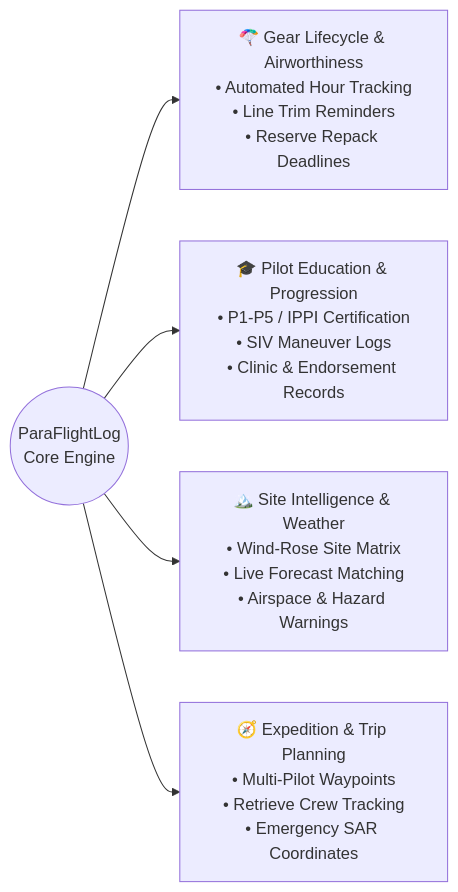
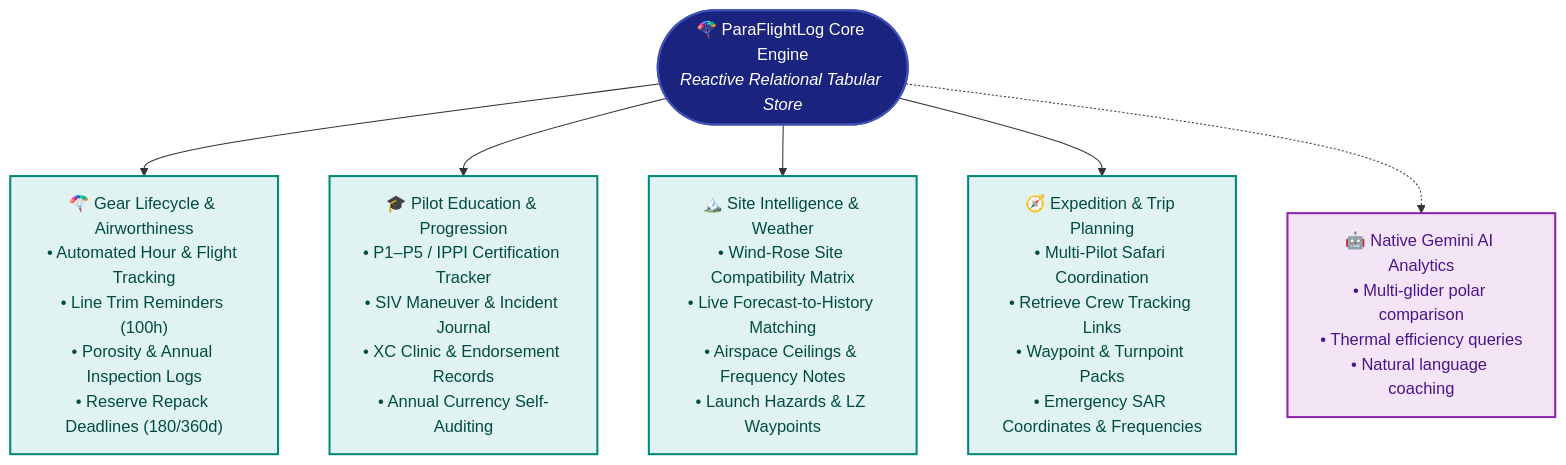
Before and after one commit to rohitashs/ParaFlightLog_dist: the first of 2 diagrams in Docs/Brochure.md, drawn with Mermaid. The commit also changed other lines of this file, not shown here.

Commit message:
docs(brochure): enhance title, add capability matrix, and embed roadmap timeline

````diff
--- a/Docs/Brochure.md
+++ b/Docs/Brochure.md
@@ -117,9 +108,15 @@
 ```mermaid
-graph LR
-    PFL((ParaFlightLog<br>Core Engine))
-    
-    PFL --> Gear["🪂 Gear Lifecycle & Airworthiness<br>• Automated Hour Tracking<br>• Line Trim Reminders<br>• Reserve Repack Deadlines"]
-    PFL --> Edu["🎓 Pilot Education & Progression<br>• P1-P5 / IPPI Certification<br>• SIV Maneuver Logs<br>• Clinic & Endorsement Records"]
-    PFL --> Sites["🏔️ Site Intelligence & Weather<br>• Wind-Rose Site Matrix<br>• Live Forecast Matching<br>• Airspace & Hazard Warnings"]
-    PFL --> Trips["🧭 Expedition & Trip Planning<br>• Multi-Pilot Waypoints<br>• Retrieve Crew Tracking<br>• Emergency SAR Coordinates"]
+graph TD
+    classDef core fill:#1A237E,stroke:#3F51B5,stroke-width:2px,color:#fff;
+    classDef domain fill:#E0F2F1,stroke:#00897B,stroke-width:2px,color:#004D40;
+    classDef ai fill:#F3E5F5,stroke:#8E24AA,stroke-width:2px,color:#4A148C;
+
+    Core(["🪂 ParaFlightLog Core Engine<br><i>Reactive Relational Tabular Store</i>"]):::core
+
+    Core --> Gear["🪂 Gear Lifecycle & Airworthiness<br>• Automated Hour & Flight Tracking<br>• Line Trim Reminders (100h)<br>• Porosity & Annual Inspection Logs<br>• Reserve Repack Deadlines (180/360d)"]:::domain
+    Core --> Edu["🎓 Pilot Education & Progression<br>• P1–P5 / IPPI Certification Tracker<br>• SIV Maneuver & Incident Journal<br>• XC Clinic & Endorsement Records<br>• Annual Currency Self-Auditing"]:::domain
+    Core --> Sites["🏔️ Site Intelligence & Weather<br>• Wind-Rose Site Compatibility Matrix<br>• Live Forecast-to-History Matching<br>• Airspace Ceilings & Frequency Notes<br>• Launch Hazards & LZ Waypoints"]:::domain
+    Core --> Trips["🧭 Expedition & Trip Planning<br>• Multi-Pilot Safari Coordination<br>• Retrieve Crew Tracking Links<br>• Waypoint & Turnpoint Packs<br>• Emergency SAR Coordinates & Frequencies"]:::domain
+
+    Core -.-> Gemini["🤖 Native Gemini AI Analytics<br>• Multi-glider polar comparison<br>• Thermal efficiency queries<br>• Natural language coaching"]:::ai
 ```
````
